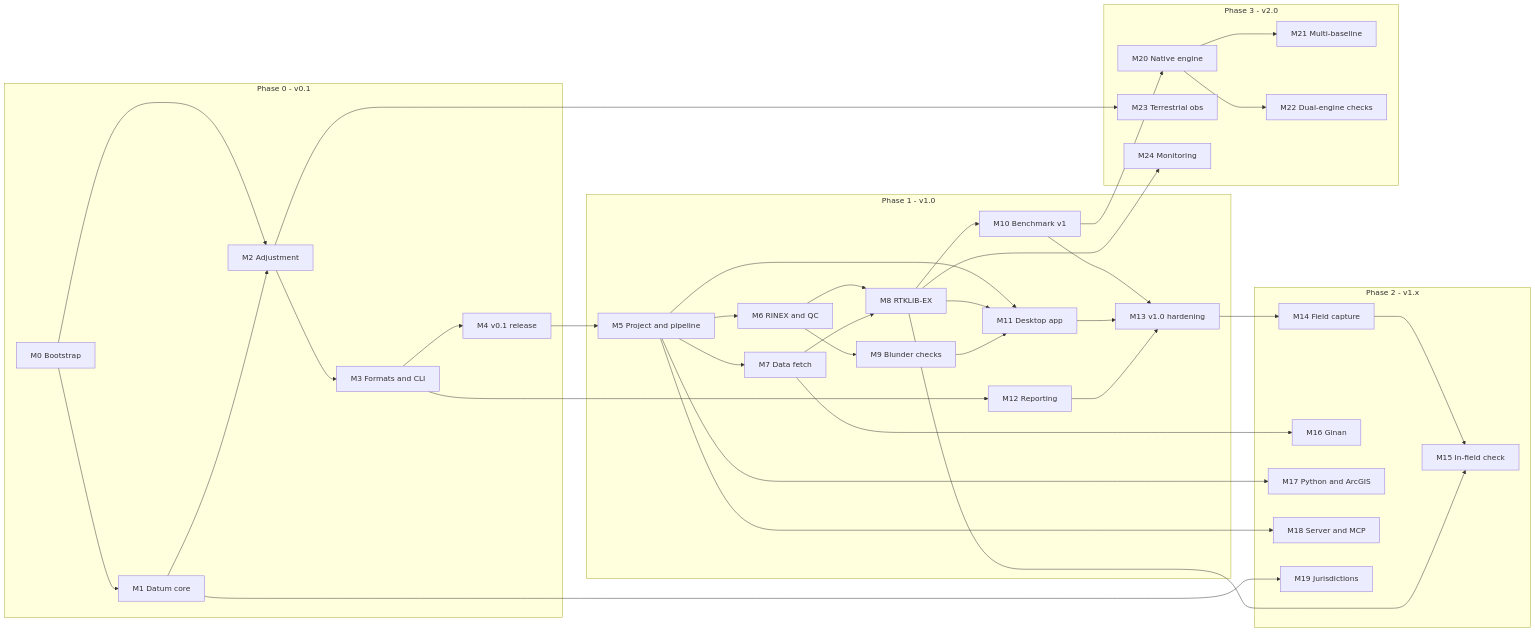
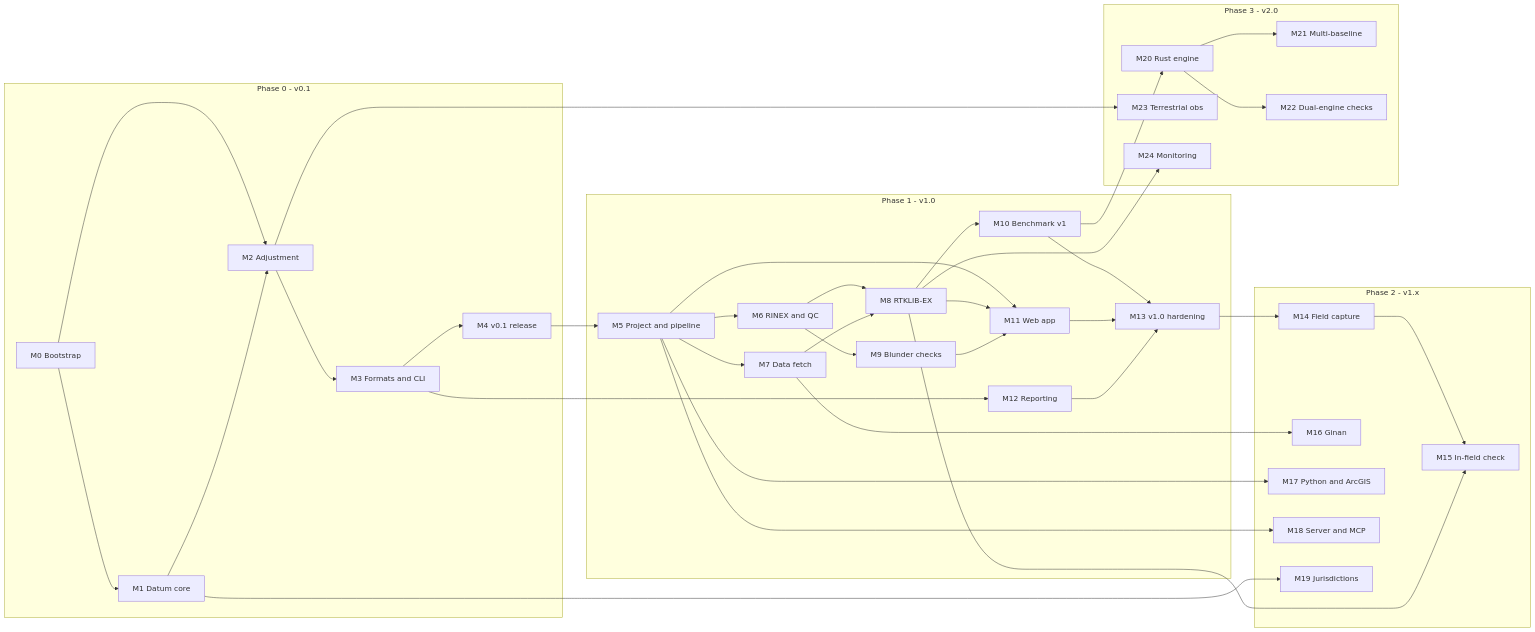
Before and after one commit to chrislandvogt/GNSS: the diagram in docs/ROADMAP.md, drawn with Mermaid. The commit also changed other lines of this file and 6 other files, not shown here.

````diff
--- a/docs/ROADMAP.md
+++ b/docs/ROADMAP.md
@@ -36,42 +36,42 @@
 ```mermaid
 flowchart LR
   subgraph P0["Phase 0 - v0.1"]
     M0[M0 Bootstrap] --> M1[M1 Datum core]
     M0 --> M2[M2 Adjustment]
     M1 --> M2
     M2 --> M3[M3 Formats and CLI]
     M3 --> M4[M4 v0.1 release]
   end
   subgraph P1["Phase 1 - v1.0"]
     M4 --> M5[M5 Project and pipeline]
     M5 --> M6[M6 RINEX and QC]
     M5 --> M7[M7 Data fetch]
     M6 --> M8[M8 RTKLIB-EX]
     M7 --> M8
     M6 --> M9[M9 Blunder checks]
     M8 --> M10[M10 Benchmark v1]
-    M5 --> M11[M11 Desktop app]
+    M5 --> M11[M11 Web app]
     M8 --> M11
     M9 --> M11
     M3 --> M12[M12 Reporting]
     M10 --> M13[M13 v1.0 hardening]
     M11 --> M13
     M12 --> M13
   end
   subgraph P2["Phase 2 - v1.x"]
     M13 --> M14[M14 Field capture]
     M14 --> M15[M15 In-field check]
     M8 --> M15
     M7 --> M16[M16 Ginan]
     M5 --> M17[M17 Python and ArcGIS]
     M5 --> M18[M18 Server and MCP]
     M1 --> M19[M19 Jurisdictions]
   end
   subgraph P3["Phase 3 - v2.0"]
-    M10 --> M20[M20 Native engine]
+    M10 --> M20[M20 Rust engine]
     M20 --> M21[M21 Multi-baseline]
     M20 --> M22[M22 Dual-engine checks]
     M2 --> M23[M23 Terrestrial obs]
     M8 --> M24[M24 Monitoring]
   end
 ```
````
